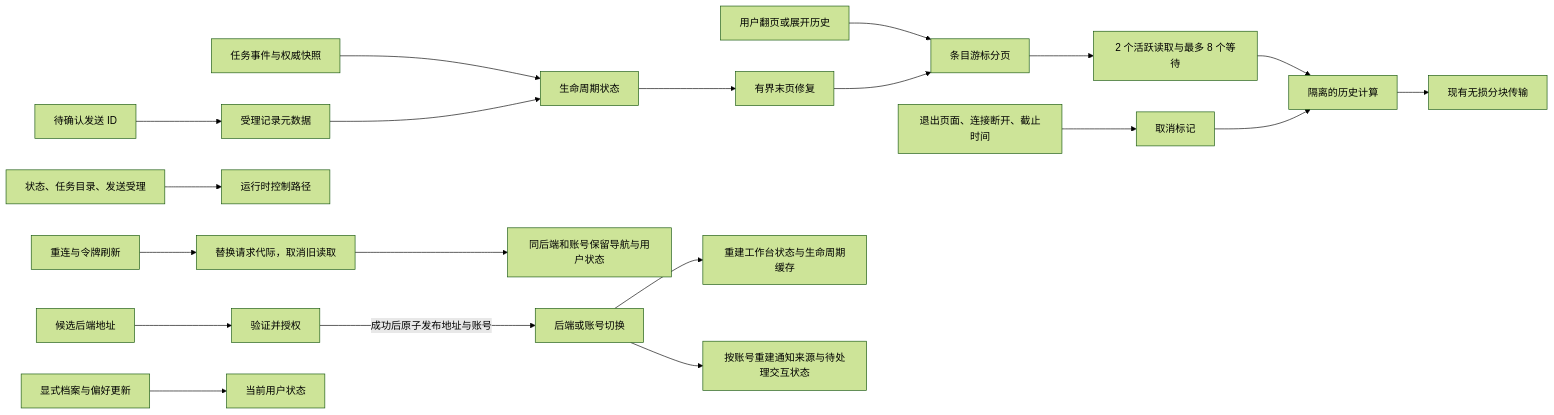
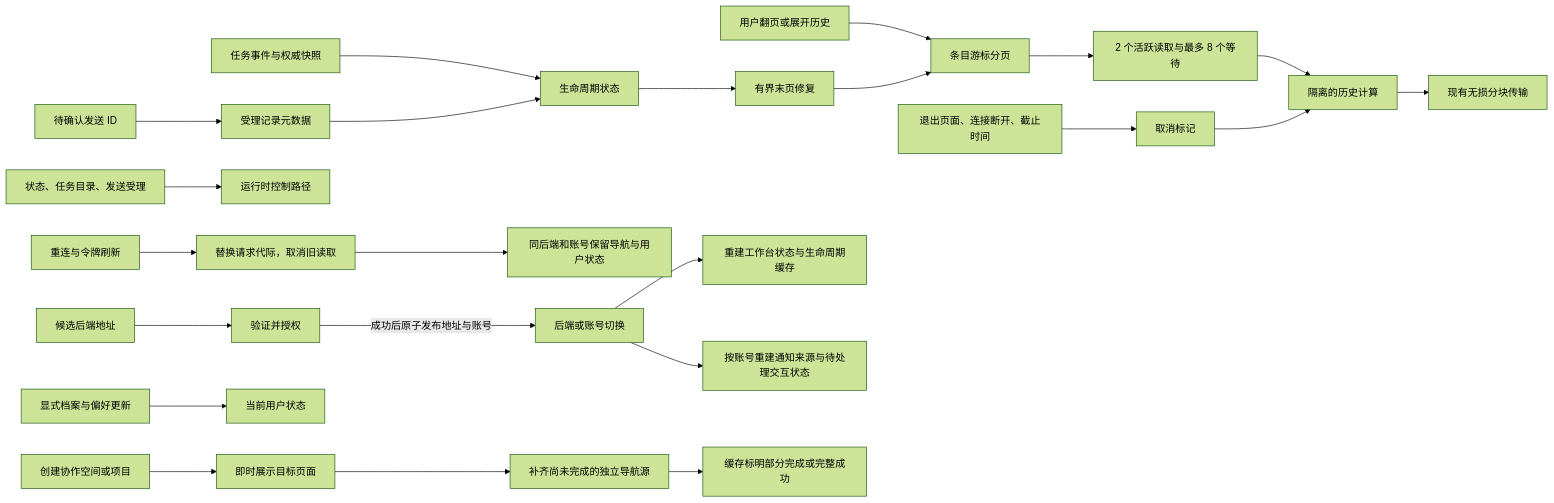
Before and after one commit to wecode-ai/Wegent: the diagram in docs/zh/wegent/developer-guide/wework-runtime-responsiveness.md, drawn with Mermaid (forest theme). The commit also changed other lines of this file and 3 other files, not shown here.

````diff
--- a/docs/zh/wegent/developer-guide/wework-runtime-responsiveness.md
+++ b/docs/zh/wegent/developer-guide/wework-runtime-responsiveness.md
@@ -28,22 +28,25 @@
 ```mermaid
 flowchart LR
     Stream[任务事件与权威快照] --> Lifecycle[生命周期状态]
     Queue[待确认发送 ID] --> Receipts[受理记录元数据]
     Receipts --> Lifecycle
     Lifecycle --> Repair[有界末页修复]
     User[用户翻页或展开历史] --> Page[条目游标分页]
     Repair --> Page
     Page --> Admission[2 个活跃读取与最多 8 个等待]
     Admission --> Worker[隔离的历史计算]
     Worker --> Transfer[现有无损分块传输]
     Cancel[退出页面、连接断开、截止时间] --> Token[取消标记]
     Token --> Worker
     Control[状态、任务目录、发送受理] --> Runtime[运行时控制路径]
     Transport[重连与令牌刷新] --> Generation[替换请求代际，取消旧读取]
     Generation --> Preserve[同后端和账号保留导航与用户状态]
     Owner[后端或账号切换] --> Reset[重建工作台状态与生命周期缓存]
     Owner --> Notifications[按账号重建通知来源与待处理交互状态]
     Candidate[候选后端地址] --> Auth[验证并授权]
     Auth -->|成功后原子发布地址与账号| Owner
     Profile[显式档案与偏好更新] --> UserState[当前用户状态]
+    Mutation[创建协作空间或项目] --> Target[即时展示目标页面]
+    Target --> Navigation[补齐尚未完成的独立导航源]
+    Navigation --> Settled[缓存标明部分完成或完整成功]
 ```
````
